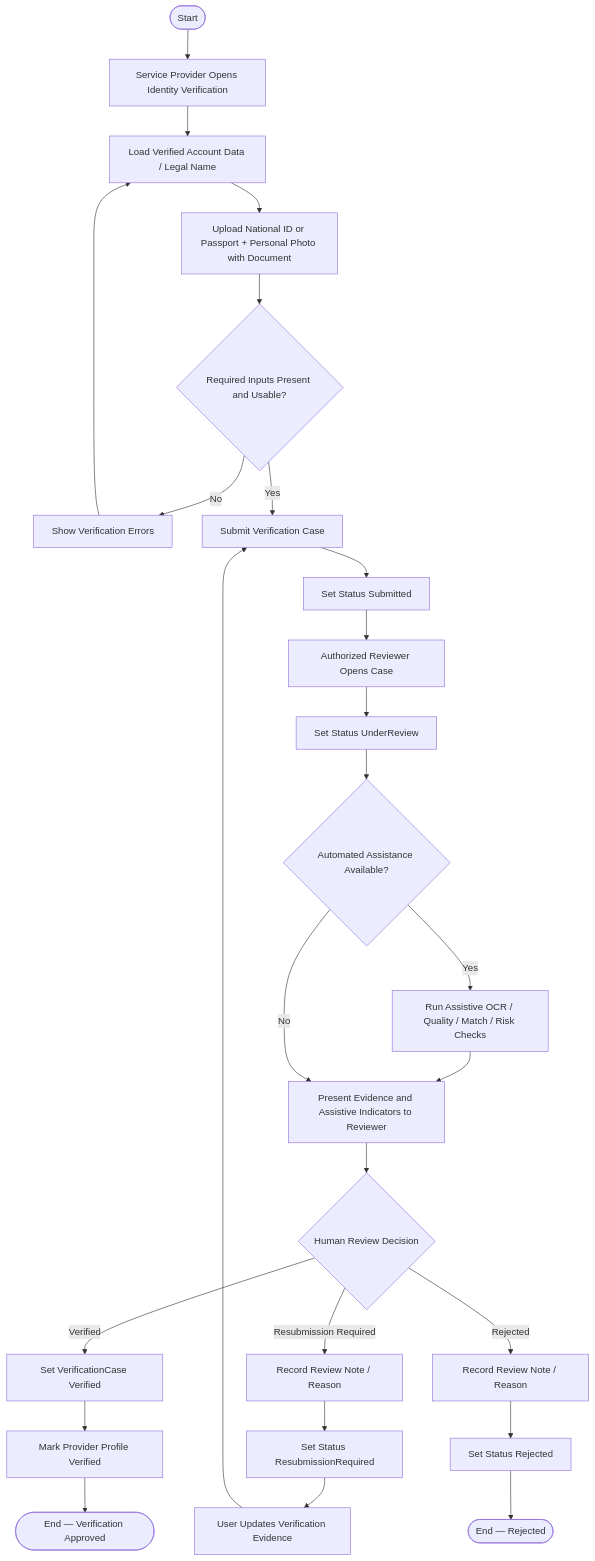
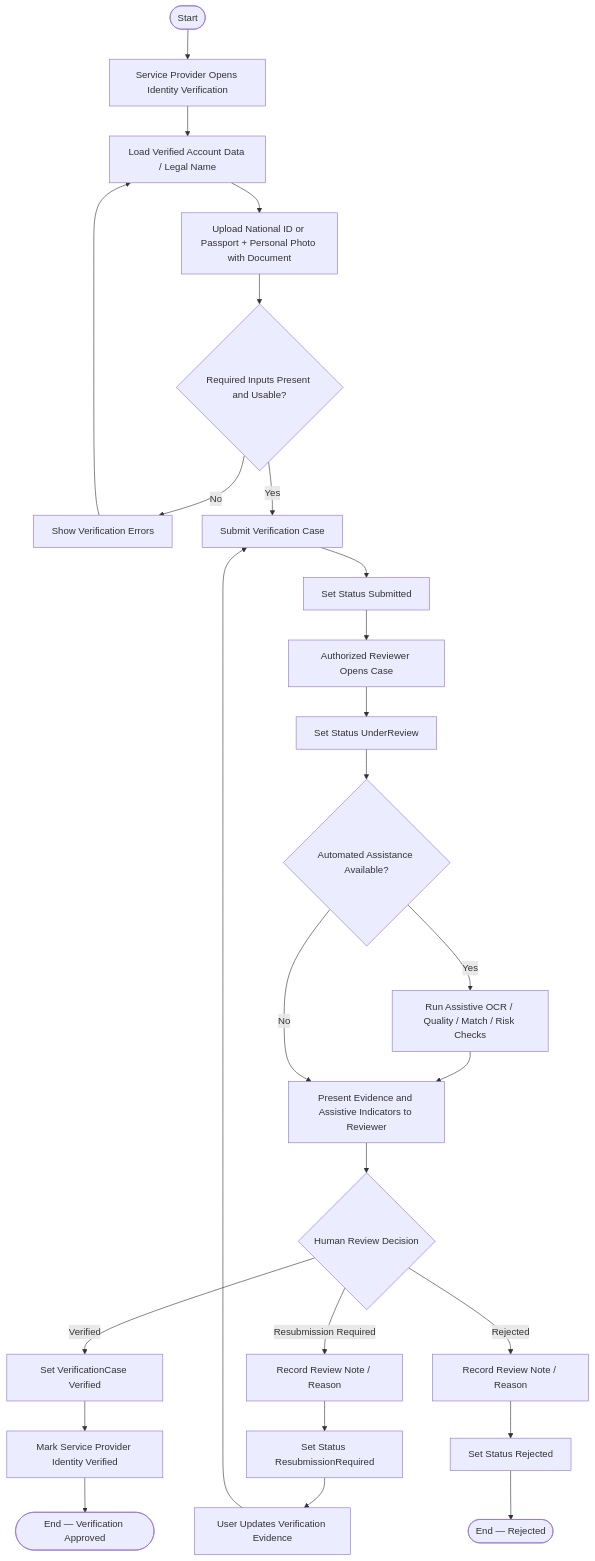
Before and after one commit to Yadd-SanaaUniversityGraduationProject/yadd: the diagram in diagrams/03-analysis/uml/activity/activity-provider-verification.md, drawn with Mermaid. The commit also changed other lines of this file, not shown here.

Commit message:
uml: remove stale verification-document open note

````diff
--- a/diagrams/03-analysis/uml/activity/activity-provider-verification.md
+++ b/diagrams/03-analysis/uml/activity/activity-provider-verification.md
@@ -17,35 +17,35 @@
 ```mermaid
 flowchart TD
     S([Start]) --> A[Service Provider Opens Identity Verification]
     A --> B[Load Verified Account Data / Legal Name]
     B --> C[Upload National ID or Passport + Personal Photo with Document]
     C --> D{Required Inputs Present and Usable?}
 
     D -- No --> E[Show Verification Errors]
     E --> B
 
     D -- Yes --> F[Submit Verification Case]
     F --> G[Set Status Submitted]
     G --> H[Authorized Reviewer Opens Case]
     H --> I[Set Status UnderReview]
 
     I --> J{Automated Assistance Available?}
     J -- Yes --> K[Run Assistive OCR / Quality / Match / Risk Checks]
     K --> L[Present Evidence and Assistive Indicators to Reviewer]
     J -- No --> L
 
     L --> M{Human Review Decision}
 
     M -- Verified --> N[Set VerificationCase Verified]
-    N --> O[Mark Provider Profile Verified]
+    N --> O[Mark Service Provider Identity Verified]
     O --> ZV([End — Verification Approved])
 
     M -- Resubmission Required --> P[Record Review Note / Reason]
     P --> Q[Set Status ResubmissionRequired]
     Q --> R[User Updates Verification Evidence]
     R --> F
 
     M -- Rejected --> T[Record Review Note / Reason]
     T --> U[Set Status Rejected]
     U --> ZR([End — Rejected])
 ```
````
